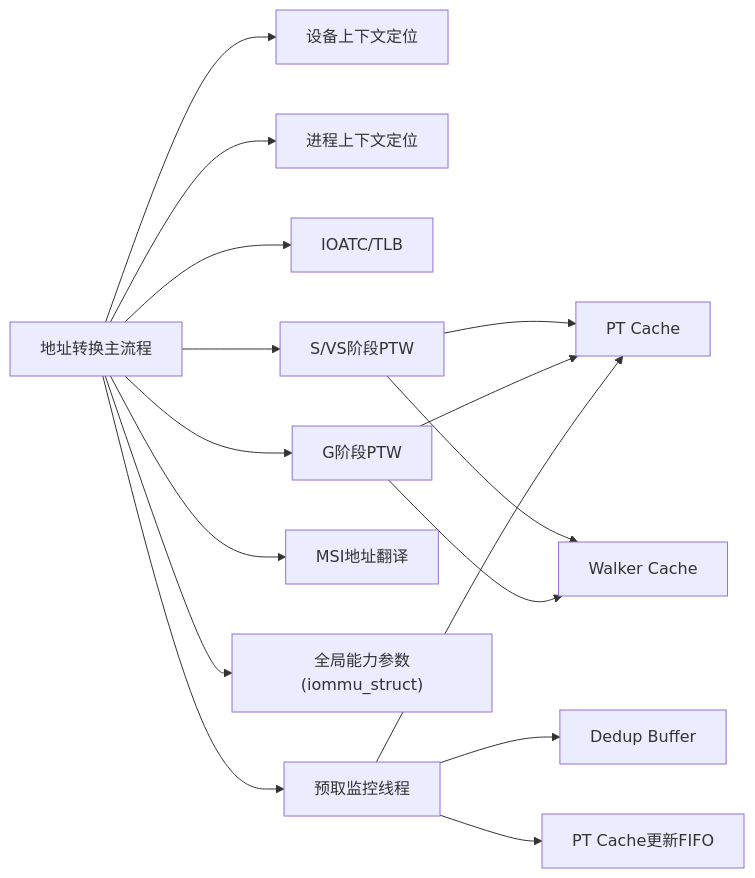
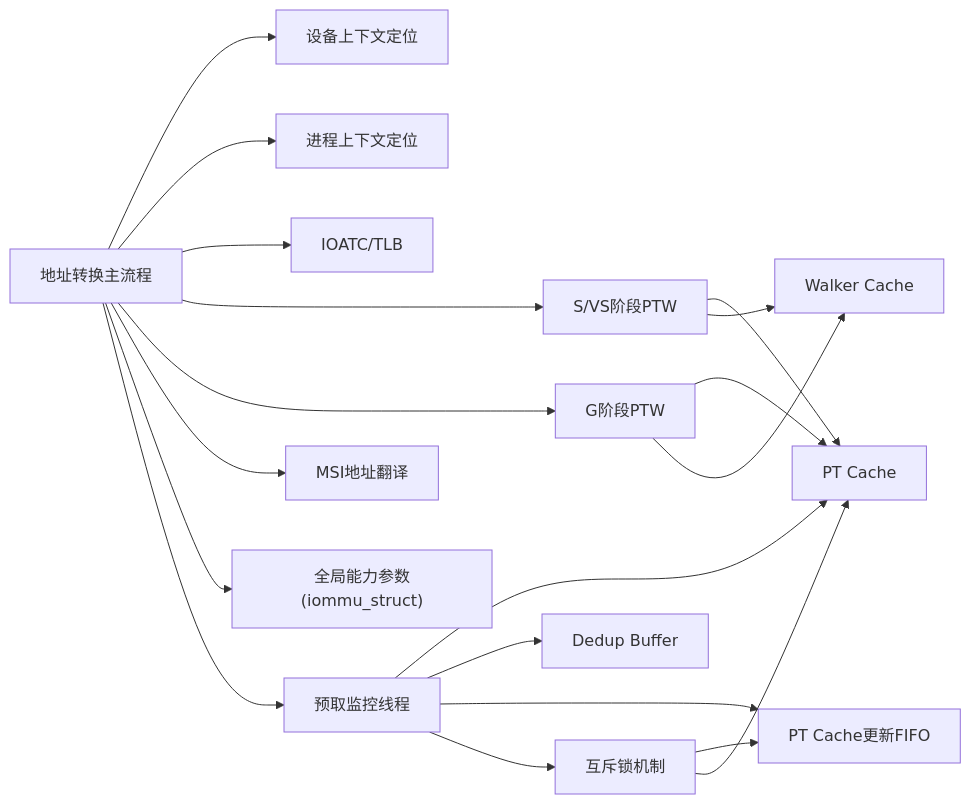
The eighth of 8 diagrams in .qoder/repowiki/zh/content/流水线设计/地址转换阶段.md (jiangjiang1122/iommu_model_20260401_v1), drawn with Mermaid before and after one commit. The commit also changed other lines of this file and 186 other files, not shown here.

````diff
--- a/.qoder/repowiki/zh/content/流水线设计/地址转换阶段.md
+++ b/.qoder/repowiki/zh/content/流水线设计/地址转换阶段.md
@@ -433,18 +496,21 @@
 ```mermaid
 graph LR
 Trans["地址转换主流程"] --> DC["设备上下文定位"]
 Trans --> PC["进程上下文定位"]
 Trans --> TLB["IOATC/TLB"]
 Trans --> PTW["S/VS阶段PTW"]
 Trans --> GPTW["G阶段PTW"]
 PTW --> PTC["PT Cache"]
 GPTW --> PTC
 PTW --> WC["Walker Cache"]
 GPTW --> WC
 Trans --> MSI["MSI地址翻译"]
 Trans --> Reg["全局能力参数(iommu_struct)"]
 Trans --> PF["预取监控线程"]
 PF --> PTC
 PF --> Dedup["Dedup Buffer"]
 PF --> FIFO["PT Cache更新FIFO"]
+PF --> Mutex["互斥锁机制"]
+Mutex --> FIFO
+Mutex --> PTC
 ```
````
